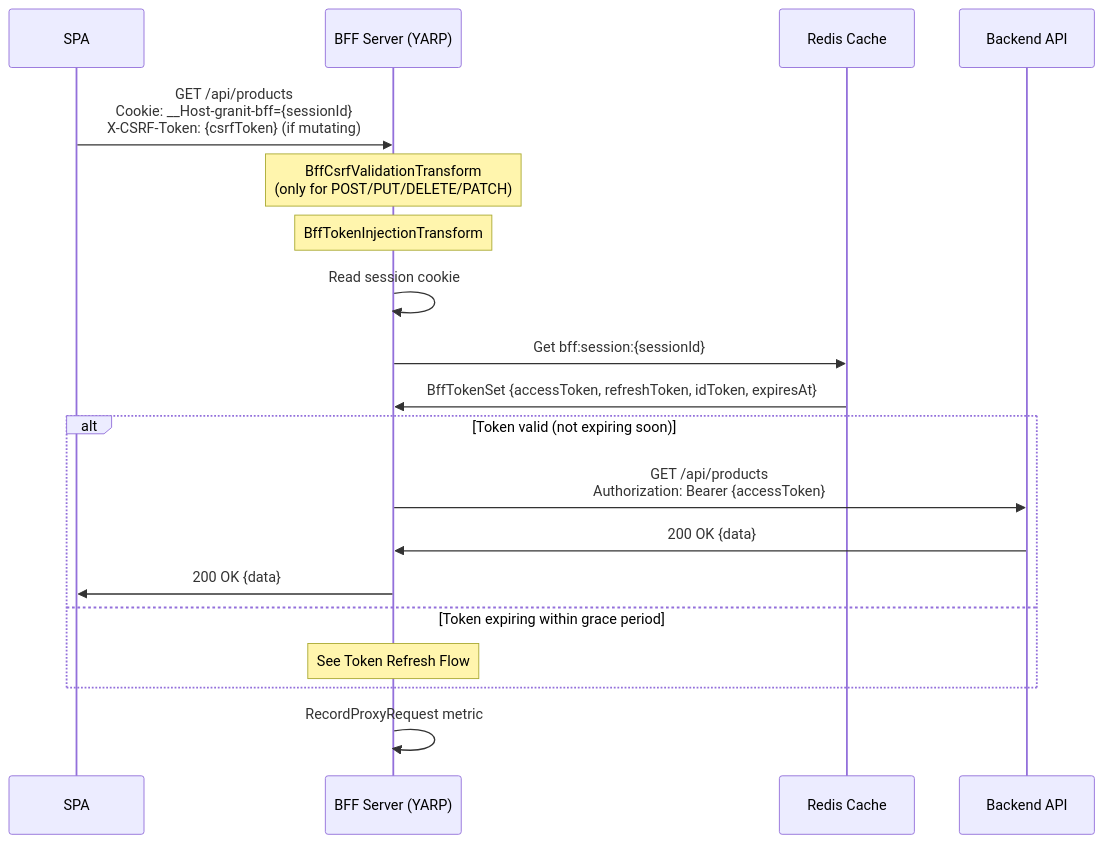
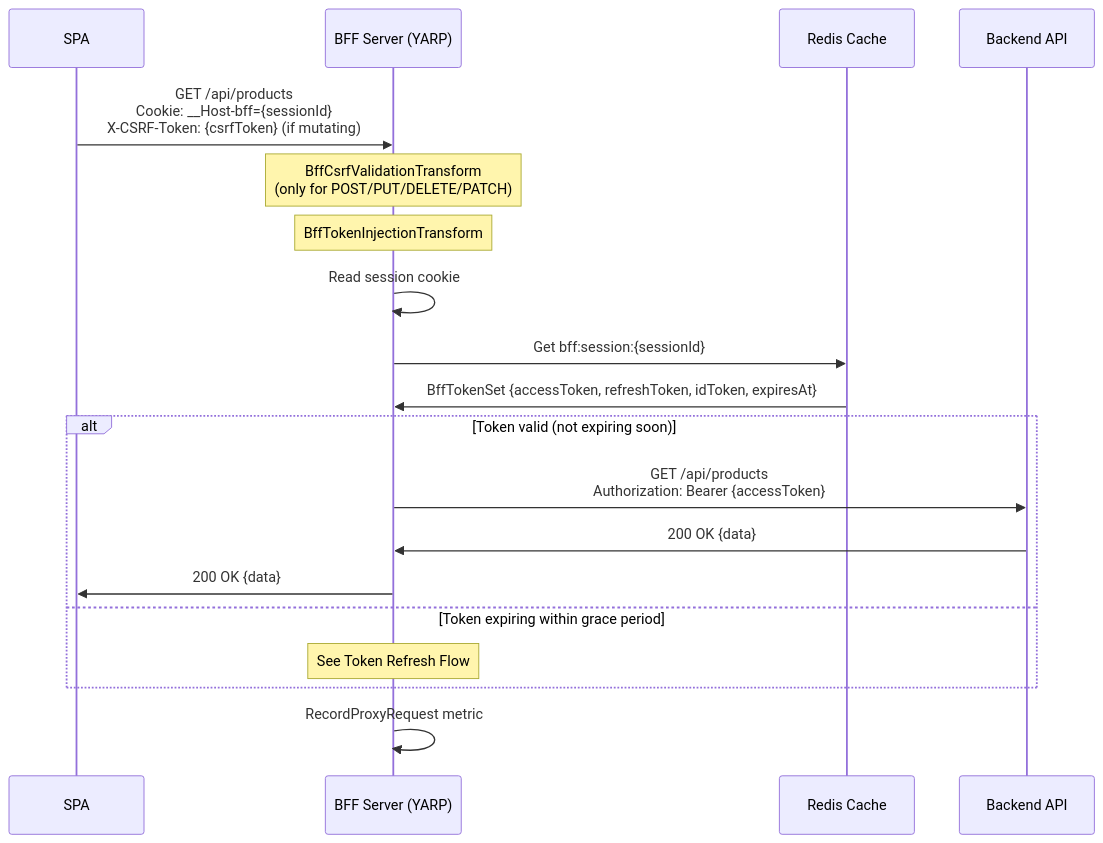
Before and after one commit to granit-fx/granit-dotnet: the third of 7 diagrams in docs-site/src/content/docs/dotnet/security/bff/architecture.mdx, drawn with Mermaid. The commit also changed other lines of this file and 12 other files, not shown here.

Commit message:
chore: include pending local changes (BFF options, docs, cookie contrib)

````diff
--- a/docs-site/src/content/docs/dotnet/security/bff/architecture.mdx
+++ b/docs-site/src/content/docs/dotnet/security/bff/architecture.mdx
@@ -124,27 +124,27 @@
 ```mermaid
 sequenceDiagram
     participant SPA as SPA
     participant BFF as BFF Server (YARP)
     participant Cache as Redis Cache
     participant API as Backend API
 
-    SPA->>BFF: GET /api/products<br/>Cookie: __Host-granit-bff={sessionId}<br/>X-CSRF-Token: {csrfToken} (if mutating)
+    SPA->>BFF: GET /api/products<br/>Cookie: __Host-bff={sessionId}<br/>X-CSRF-Token: {csrfToken} (if mutating)
 
     Note over BFF: BffCsrfValidationTransform<br/>(only for POST/PUT/DELETE/PATCH)
 
     Note over BFF: BffTokenInjectionTransform
 
     BFF->>BFF: Read session cookie
     BFF->>Cache: Get bff:session:{sessionId}
     Cache->>BFF: BffTokenSet {accessToken, refreshToken, idToken, expiresAt}
 
     alt Token valid (not expiring soon)
         BFF->>API: GET /api/products<br/>Authorization: Bearer {accessToken}
         API->>BFF: 200 OK {data}
         BFF->>SPA: 200 OK {data}
     else Token expiring within grace period
         Note over BFF: See Token Refresh Flow
     end
 
     BFF->>BFF: RecordProxyRequest metric
 ```
````
